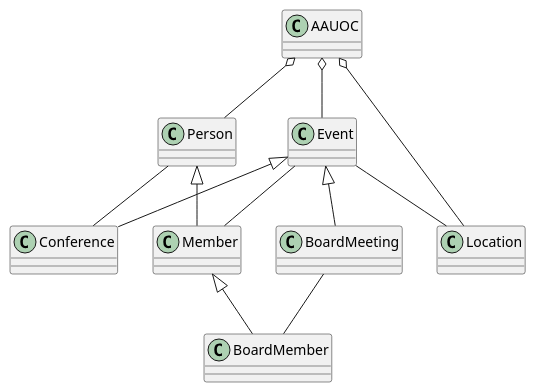
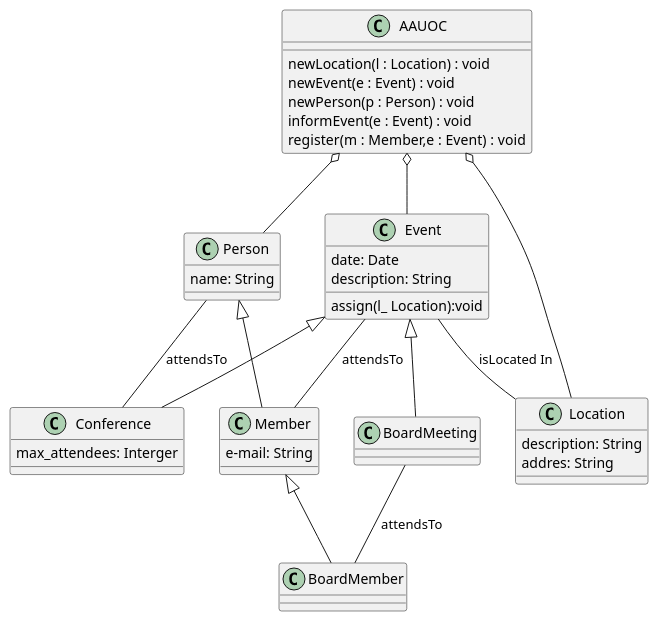
One commit to franmolinaadan/UMLClasesFranMolina changed the diagram in src/DiagramaUMLMolina.puml. Above: the diagram before and after it, drawn with PlantUML.

Commit message:
Creacion atributos, metodos y etiquetas

```diff
--- a/src/DiagramaUMLMolina.puml
+++ b/src/DiagramaUMLMolina.puml
@@ -1,28 +1,58 @@
 @startuml
 class "Event" as Event
 class "Conference" as Conference
 class "BoardMeeting" as BoardMeeting
 class "Person" as Person
 class "Member" as Member
 class "BoardMember" as BoardMember
 class "AAUOC" as Asociacion
 class "Location" as Location
 
 Event <|-- Conference
 Event <|-- BoardMeeting
-Event -- Location
-Event -- Member
+Event -- Location : isLocated In
+Event -- Member : attendsTo
 
 Person <|-- Member
-Person -- Conference
+Person -- Conference: attendsTo
 
 Member <|-- BoardMember
 
 Asociacion o-- Person
 Asociacion o-- Event
 Asociacion o-- Location
 
-BoardMeeting -- BoardMember
+BoardMeeting -- BoardMember: attendsTo
 
+class Asociacion{
+newLocation(l : Location) : void
+newEvent(e : Event) : void
+newPerson(p : Person) : void
+informEvent(e : Event) : void
+register(m : Member,e : Event) : void
+}
 
+class Location{
+description: String
+addres: String
+}
+
+class Person{
+name: String
+}
+
+class Event{
+date: Date
+description: String
+
+assign(l_ Location):void
+}
+
+class Member{
+e-mail: String
+}
+
+class Conference{
+max_attendees: Interger
+}
 @enduml
```
